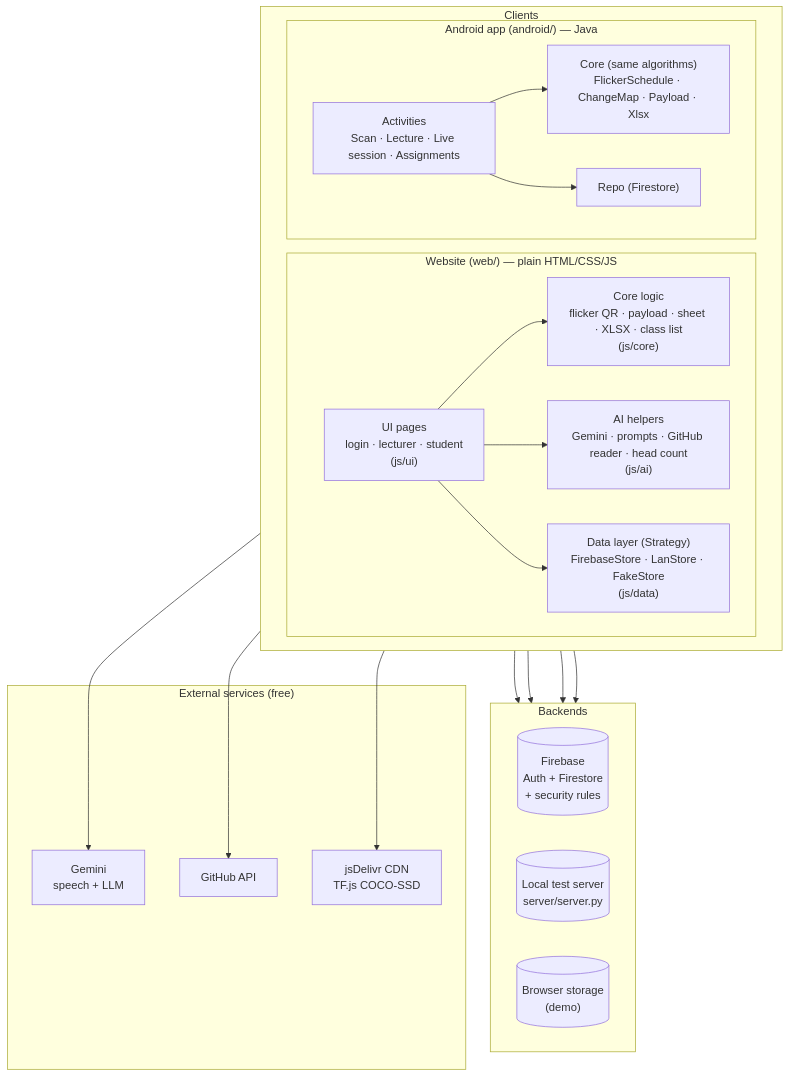
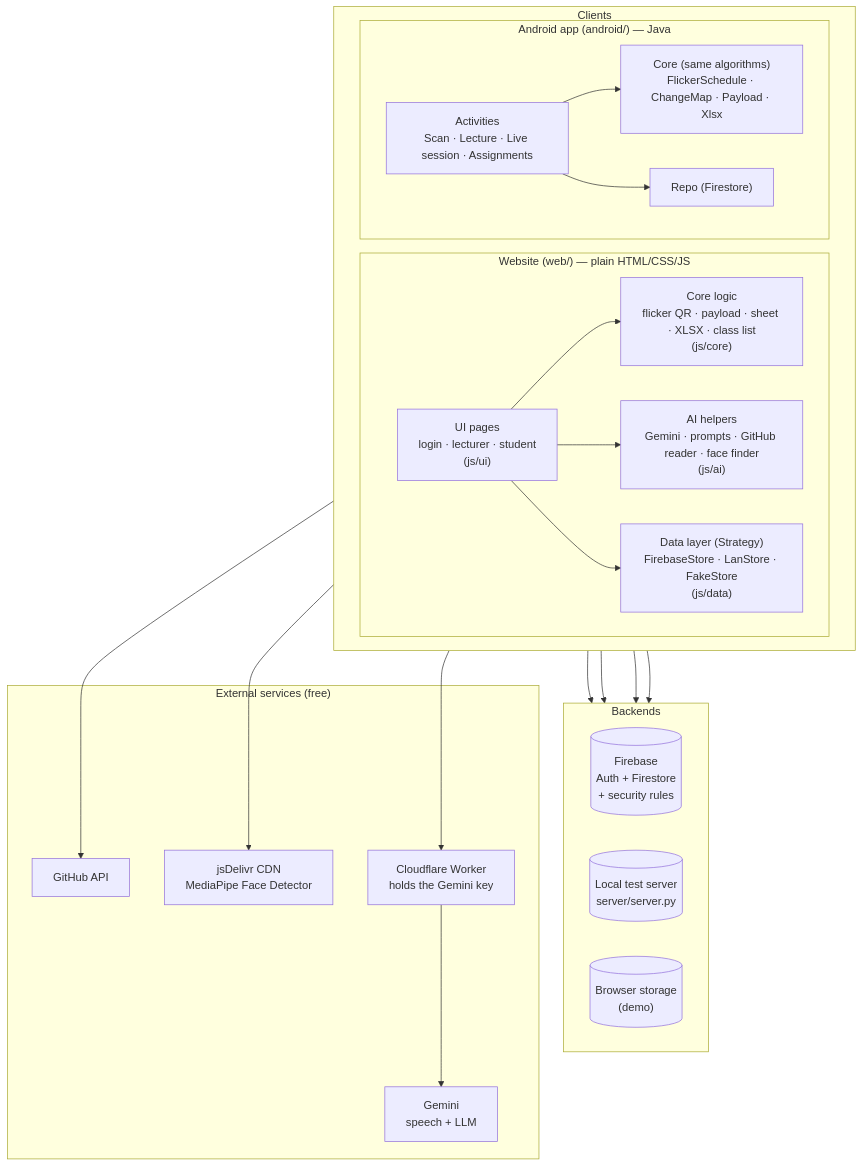
The diagram in docs/05_COMPONENTS.md (minion-dog/I2CS_Ex2-smart-class-demo), drawn with Mermaid before and after one commit. The commit also changed other lines of this file and 54 other files, not shown here.

First line of the commit message:
Class photo with face boxes, 5 s QR, AI key in a Cloudflare Worker

````diff
--- a/docs/05_COMPONENTS.md
+++ b/docs/05_COMPONENTS.md
@@ -3,39 +3,41 @@
 ```mermaid
 flowchart TB
     subgraph Clients
         direction LR
         subgraph WEB["Website (web/) — plain HTML/CSS/JS"]
             UI["UI pages<br/>login · lecturer · student<br/>(js/ui)"]
             CORE["Core logic<br/>flicker QR · payload · sheet · XLSX · class list<br/>(js/core)"]
-            AI["AI helpers<br/>Gemini · prompts · GitHub reader · head count<br/>(js/ai)"]
+            AI["AI helpers<br/>Gemini · prompts · GitHub reader · face finder<br/>(js/ai)"]
             DATA["Data layer (Strategy)<br/>FirebaseStore · LanStore · FakeStore<br/>(js/data)"]
         end
         subgraph APP["Android app (android/) — Java"]
             AUI["Activities<br/>Scan · Lecture · Live session · Assignments"]
             ACORE["Core (same algorithms)<br/>FlickerSchedule · ChangeMap · Payload · Xlsx"]
             AREPO["Repo (Firestore)"]
         end
     end
     subgraph Backends
         direction LR
         FB[("Firebase<br/>Auth + Firestore<br/>+ security rules")]
         LAN[("Local test server<br/>server/server.py")]
         LS[("Browser storage<br/>(demo)")]
     end
     subgraph External["External services (free)"]
         GEM["Gemini<br/>speech + LLM"]
         GH["GitHub API"]
-        CDN["jsDelivr CDN<br/>TF.js COCO-SSD"]
+        CDN["jsDelivr CDN<br/>MediaPipe Face Detector"]
+        WRK["Cloudflare Worker<br/>holds the Gemini key"]
     end
     UI --> CORE
     UI --> AI
     UI --> DATA
     DATA --> FB
     DATA --> LAN
     DATA --> LS
     AUI --> ACORE
     AUI --> AREPO --> FB
-    AI --> GEM
+    AI --> WRK
+    WRK --> GEM
     AI --> GH
     AI --> CDN
 ```
````
